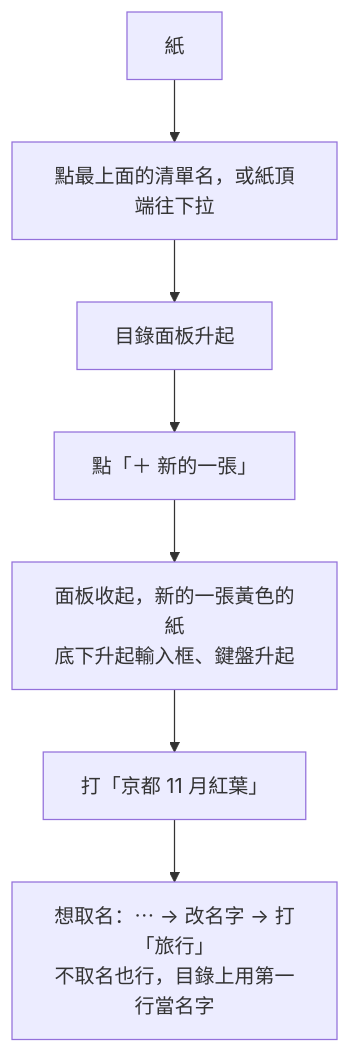
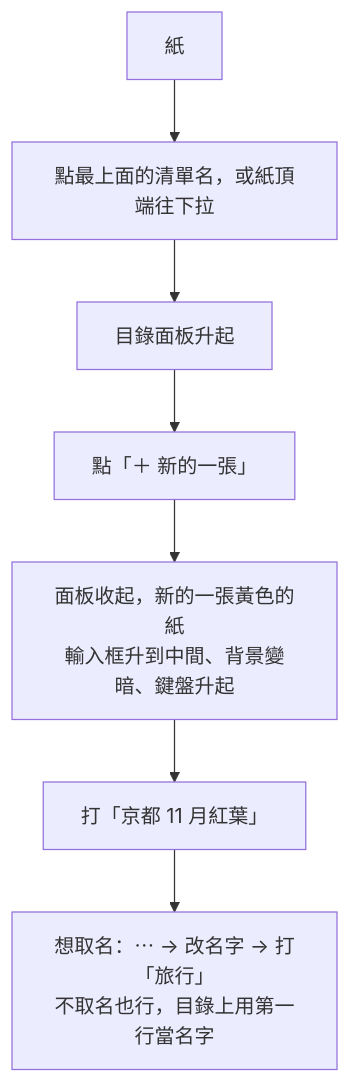
The second of 7 diagrams in .uiux/02-流程-暫定.md (domyweb666/qieji-app), drawn with Mermaid before and after one commit. The commit also changed other lines of this file and 11 other files, not shown here.

````diff
--- a/.uiux/02-流程-暫定.md
+++ b/.uiux/02-流程-暫定.md
@@ -57,9 +57,9 @@
 ```mermaid
 flowchart TD
   A[紙] --> B[點最上面的清單名，或紙頂端往下拉]
   B --> C[目錄面板升起]
   C --> D[點「＋ 新的一張」]
-  D --> E[面板收起，新的一張黃色的紙<br>底下升起輸入框、鍵盤升起]
+  D --> E[面板收起，新的一張黃色的紙<br>輸入框升到中間、背景變暗、鍵盤升起]
   E --> F[打「京都 11 月紅葉」]
   F --> G[想取名：⋯ → 改名字 → 打「旅行」<br>不取名也行，目錄上用第一行當名字]
 ```
````
